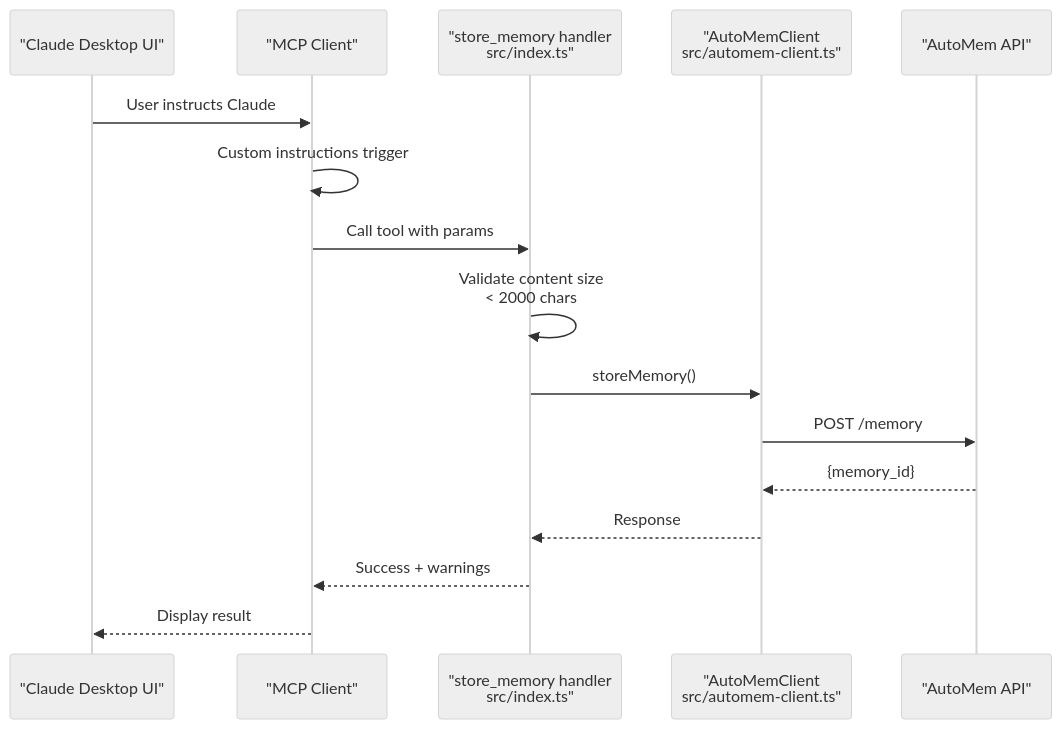
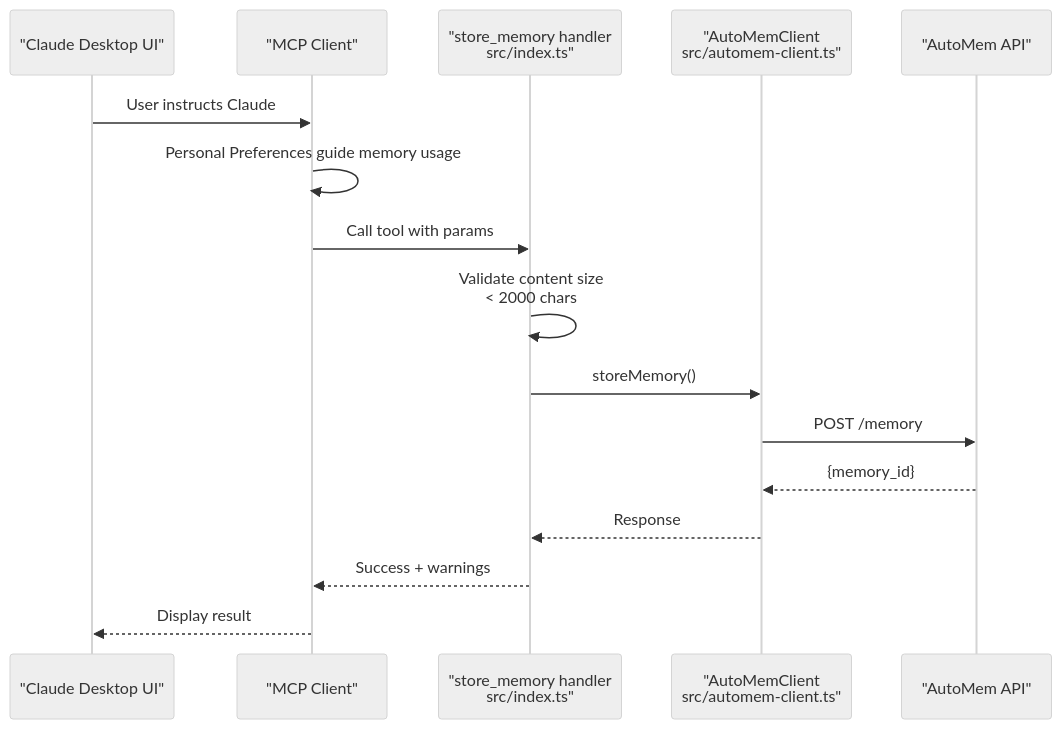
The fifth of 5 diagrams in src/content/docs/docs/getting-started/quick-start.md (verygoodplugins/automem-website), drawn with Mermaid (neutral theme) before and after one commit. The commit also changed other lines of this file and 4 other files, not shown here.

````diff
--- a/src/content/docs/docs/getting-started/quick-start.md
+++ b/src/content/docs/docs/getting-started/quick-start.md
@@ -449,19 +459,19 @@
 ```mermaid
 sequenceDiagram
     participant UI as "Claude Desktop UI"
     participant MCP as "MCP Client"
     participant TOOL as "store_memory handler<br/>src/index.ts"
     participant CLIENT as "AutoMemClient<br/>src/automem-client.ts"
     participant API as "AutoMem API"
 
     UI->>MCP: User instructs Claude
-    MCP->>MCP: Custom instructions trigger
+    MCP->>MCP: Personal Preferences guide memory usage
     MCP->>TOOL: Call tool with params
     TOOL->>TOOL: Validate content size<br/>< 2000 chars
     TOOL->>CLIENT: storeMemory()
     CLIENT->>API: POST /memory
     API-->>CLIENT: {memory_id}
     CLIENT-->>TOOL: Response
     TOOL-->>MCP: Success + warnings
     MCP-->>UI: Display result
 ```
````
